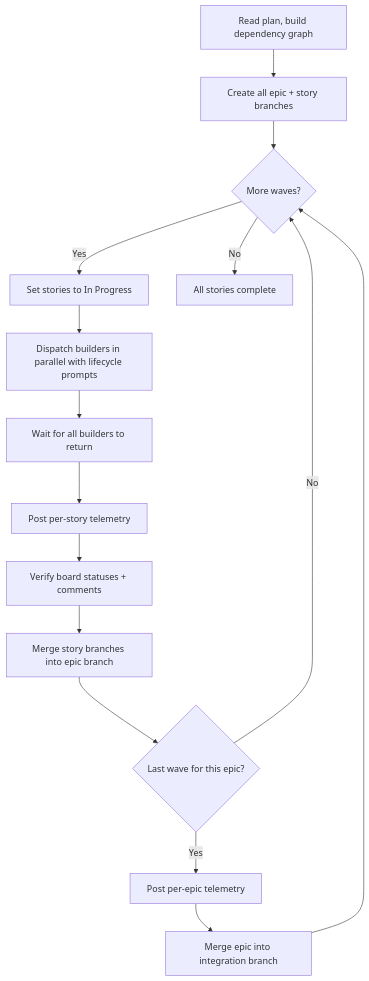
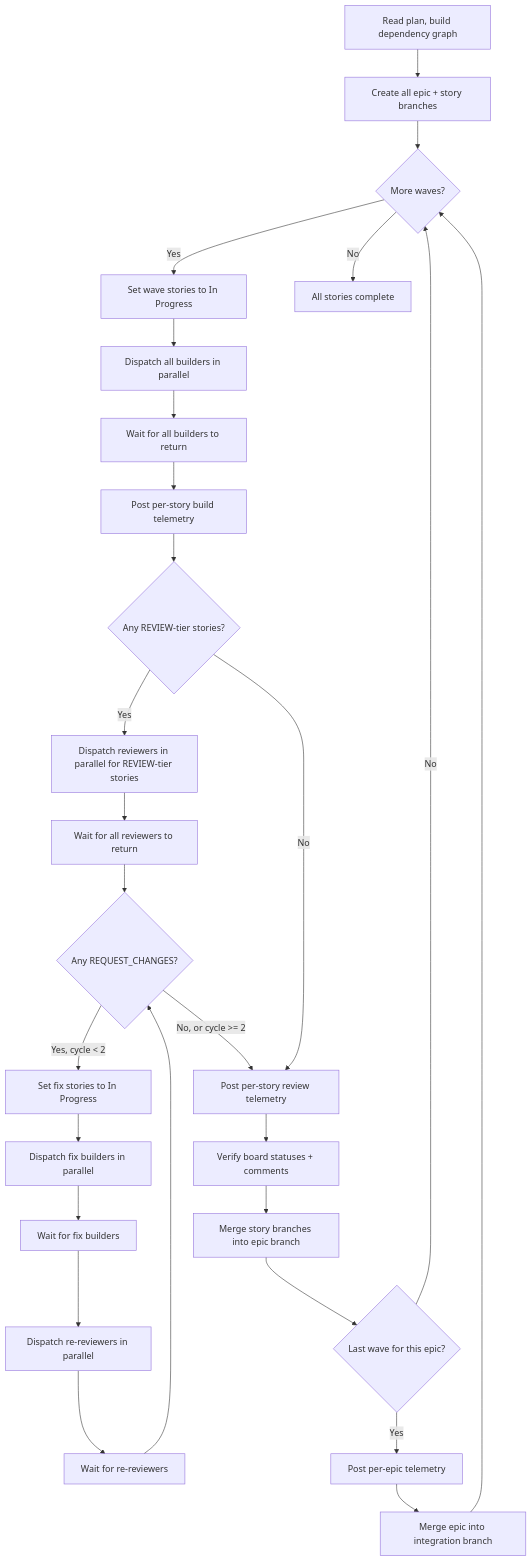
The third of 3 diagrams in docs/2-design/2026-03-19-phase-restructuring.md (carlosboeing/agentic-sdlc-workflow), drawn with Mermaid before and after one commit. The commit also changed other lines of this file and 4 other files, not shown here.

````diff
--- a/docs/2-design/2026-03-19-phase-restructuring.md
+++ b/docs/2-design/2026-03-19-phase-restructuring.md
@@ -442,17 +533,29 @@
 ```mermaid
 flowchart TD
     A[Read plan, build dependency graph] --> B[Create all epic + story branches]
     B --> C{More waves?}
-    C -->|Yes| D[Set stories to In Progress]
-    D --> E[Dispatch builders in parallel with lifecycle prompts]
+    C -->|Yes| D[Set wave stories to In Progress]
+    D --> E[Dispatch all builders in parallel]
     E --> F[Wait for all builders to return]
-    F --> G[Post per-story telemetry]
-    G --> H[Verify board statuses + comments]
-    H --> I[Merge story branches into epic branch]
-    I --> J{Last wave for this epic?}
-    J -->|Yes| K[Post per-epic telemetry]
-    K --> L[Merge epic into integration branch]
-    L --> C
-    J -->|No| C
-    C -->|No| M[All stories complete]
+    F --> G[Post per-story build telemetry]
+    G --> H{Any REVIEW-tier stories?}
+    H -->|Yes| I[Dispatch reviewers in parallel for REVIEW-tier stories]
+    I --> J[Wait for all reviewers to return]
+    J --> K{Any REQUEST_CHANGES?}
+    K -->|Yes, cycle < 2| L[Set fix stories to In Progress]
+    L --> M[Dispatch fix builders in parallel]
+    M --> N[Wait for fix builders]
+    N --> O[Dispatch re-reviewers in parallel]
+    O --> P[Wait for re-reviewers]
+    P --> K
+    K -->|No, or cycle >= 2| Q[Post per-story review telemetry]
+    H -->|No| Q
+    Q --> R[Verify board statuses + comments]
+    R --> S[Merge story branches into epic branch]
+    S --> T{Last wave for this epic?}
+    T -->|Yes| U[Post per-epic telemetry]
+    U --> V[Merge epic into integration branch]
+    V --> C
+    T -->|No| C
+    C -->|No| W[All stories complete]
 ```
````
